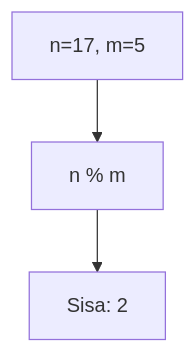
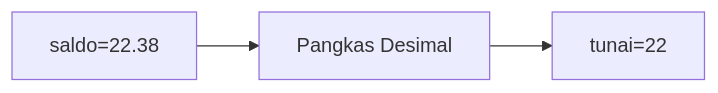
One commit to amnahwaida/OSNK_INF_PREP changed the eighth of 25 diagrams in part-c-pemahaman-cpp/01-tipe-data/latihan/set-03.md. Above: the diagram before and after it, drawn with Mermaid. The commit also changed other lines of this file and 71 other files, not shown here.

````diff
--- a/part-c-pemahaman-cpp/01-tipe-data/latihan/set-03.md
+++ b/part-c-pemahaman-cpp/01-tipe-data/latihan/set-03.md
@@ -268,5 +220,5 @@
 ```mermaid
-graph TD
-A["n=17, m=5"] --> B["n % m"]
-B --> C["Sisa: 2"]
+graph LR
+A["saldo=22.38"] --> B["Pangkas Desimal"]
+B --> C["tunai=22"]
 ```
````
